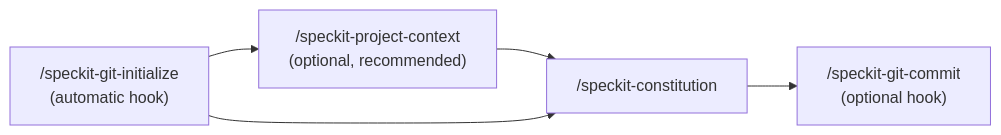
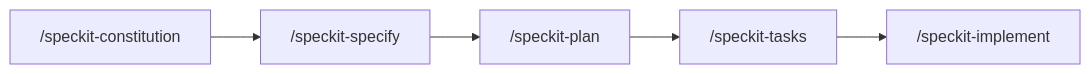
One commit to JxFong1017/hackathon_speckit changed the diagram in README.md. Above: the diagram before and after it, drawn with Mermaid. The commit also changed other lines of this file and 18 other files, not shown here.

````diff
--- a/README.md
+++ b/README.md
@@ -43,7 +28,7 @@
 ```mermaid
 flowchart LR
-  GI["/speckit-git-initialize\n(automatic hook)"] --> GPC["/speckit-project-context\n(optional, recommended)"]
-  GPC --> CON["/speckit-constitution"]
-  GI --> CON
-  CON --> GC["/speckit-git-commit\n(optional hook)"]
+  CON["/speckit-constitution"] --> SP["/speckit-specify"]
+  SP --> PL["/speckit-plan"]
+  PL --> TK["/speckit-tasks"]
+  TK --> IM["/speckit-implement"]
 ```
````
